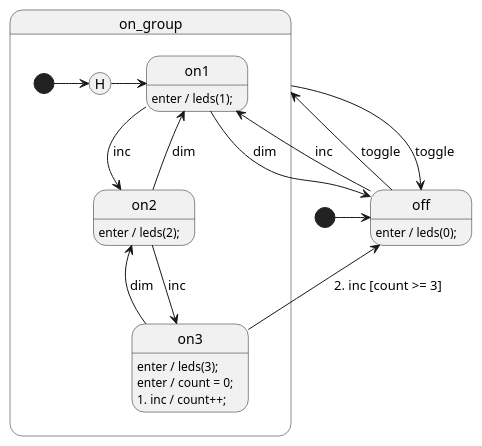
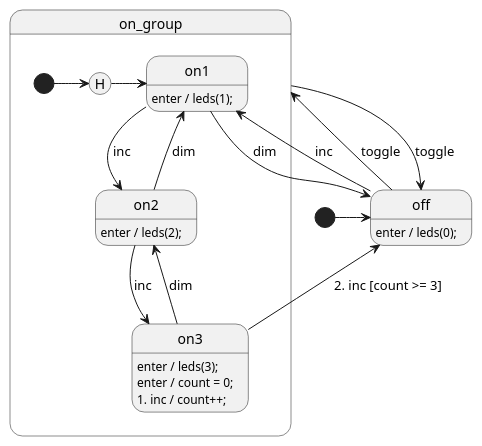
One commit to StateSmith/StateSmith-examples changed the diagram in c-include-sm-basic-2-plantuml-tutorial/README.md. Above: the diagram before and after it, drawn with PlantUML. The commit also changed 2 other files, not shown here.

Commit message:
tidy - c include plantuml

````diff
--- a/c-include-sm-basic-2-plantuml-tutorial/README.md
+++ b/c-include-sm-basic-2-plantuml-tutorial/README.md
@@ -99,58 +99,60 @@
 ```plantuml
 @startuml LightSm
 
 '//////////////////// STATE ORGANIZATION ////////////////////
 
-[*] -> off
+state off
 
 state on_group {
     [*] -> [H]
     [H] -> on1
     state on1
     state on2
     state on3
 }
 
 '//////////////////// STATE HANDLERS ////////////////////
+
+[*] -> off
 
 'OFF
 off: enter / leds(0);
 off --> on1 : inc
 off --> on_group: toggle
 
 'ON_GROUP
 on_group --> off: toggle
 
 'ON1
 on1: enter / leds(1);
 on1 --> on2 : inc
 on1 --> off : dim
 
 'ON2
 on2: enter / leds(2);
 on2 --> on3 : inc
 on2 --> on1 : dim
 
 'ON3
 on3: enter / leds(3);
 on3: enter / count = 0;
 on3: 1. inc / count++;
 on3 --> on2 : dim
 on3 --> off : 2. inc [count >= 3]
 
 
 '######################## StateSmith config ########################
 ' The below special comment block sets the StateSmith configuration.
 ' More info: https://github.com/StateSmith/StateSmith/issues/335
 
 /'! $CONFIG : toml
 
 [RenderConfig.C]
 CFileExtension = ".inc"
 
 [SmRunnerSettings]
 transpilerId = "C99"
 '/
 
 @enduml
 ```
````
